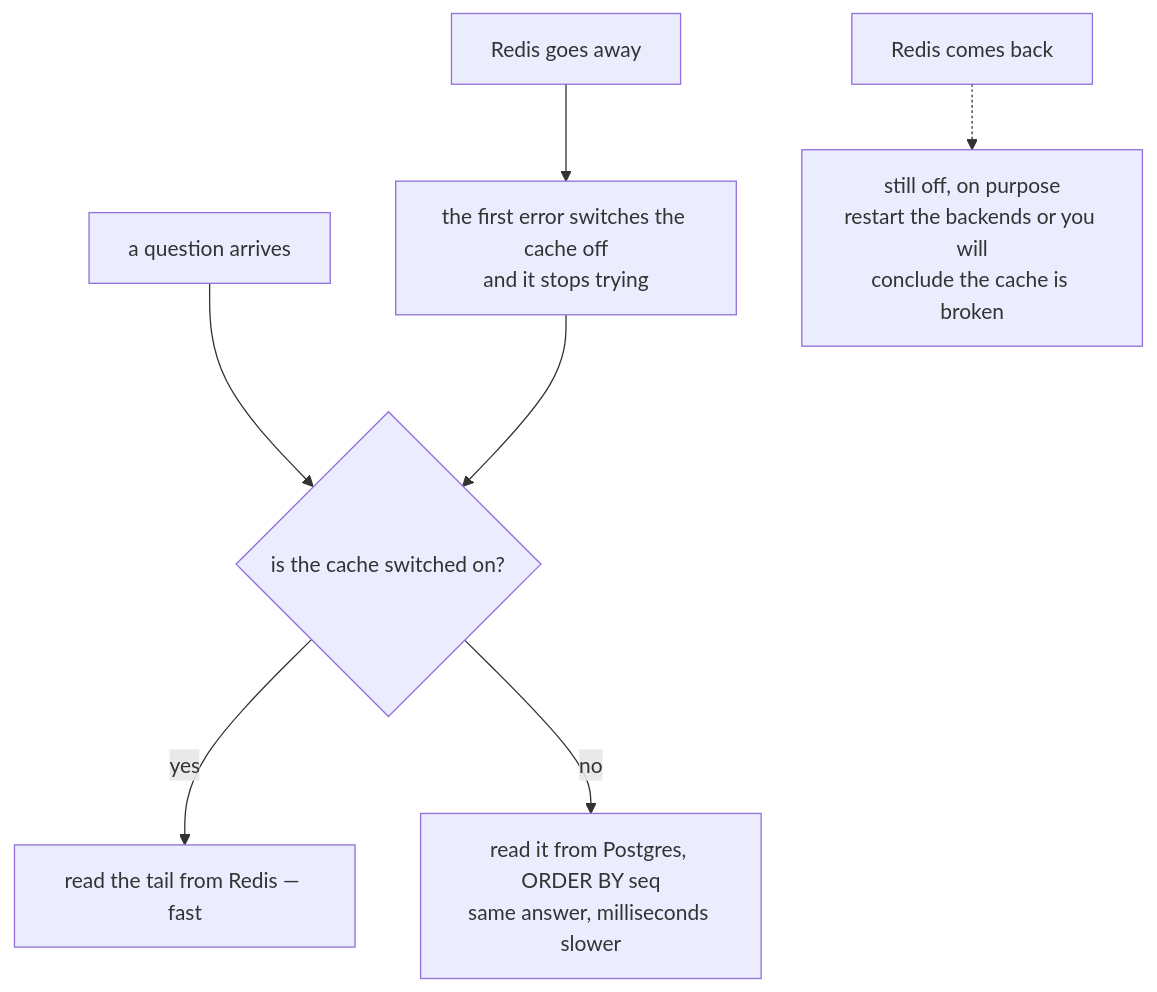
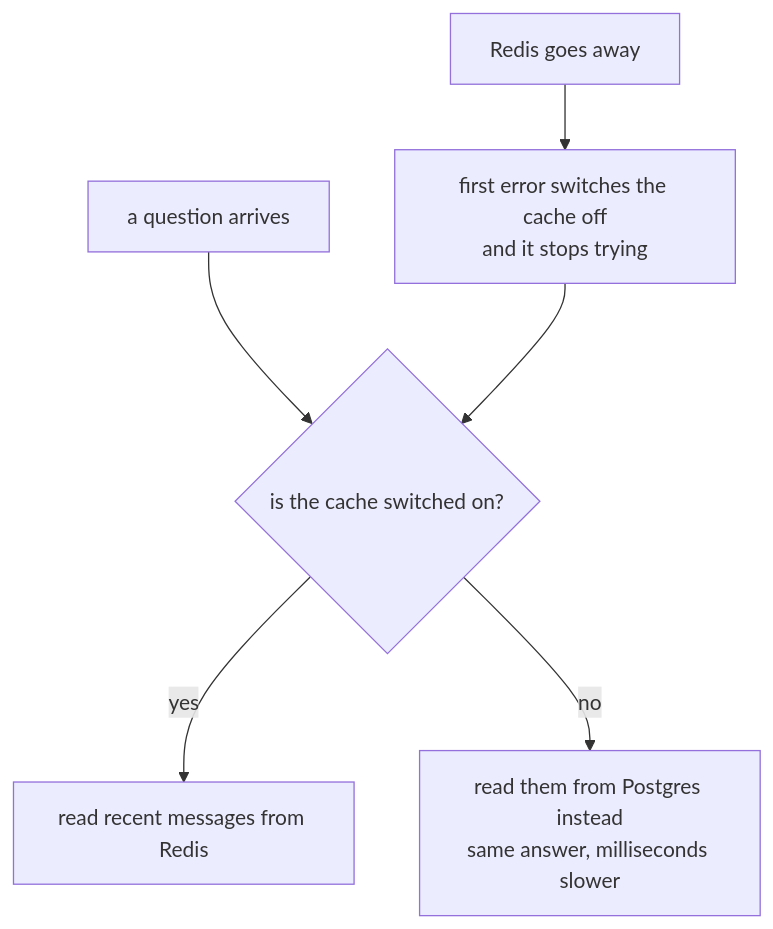
Diagram 13 of 15 in docs/TESTING-SCALING.md (selvakumarperumal/Corporate_Filing_Analyzer_Agent), drawn with Mermaid before and after one commit. The commit also changed other lines of this file, not shown here.

Commit message:
docs: streamline scaling test guide with plain-language summaries, settings tables, and clear architectural diagrams

````diff
--- a/docs/TESTING-SCALING.md
+++ b/docs/TESTING-SCALING.md
@@ -856,9 +1005,8 @@
 ```mermaid
 flowchart TB
   Q["a question arrives"] --> C{"is the cache switched on?"}
-  C -->|"yes"| H["read the tail from Redis — fast"]
-  C -->|"no"| P["read it from Postgres, ORDER BY seq<br/>same answer, milliseconds slower"]
-  E["Redis goes away"] --> F["the first error switches the cache off<br/>and it stops trying"]
+  C -->|"yes"| H["read recent messages from Redis"]
+  C -->|"no"| P["read them from Postgres instead<br/>same answer, milliseconds slower"]
+  E["Redis goes away"] --> F["first error switches the cache off<br/>and it stops trying"]
   F --> C
-  RB["Redis comes back"] -.-> ST["still off, on purpose<br/>restart the backends or you will<br/>conclude the cache is broken"]
 ```
````
